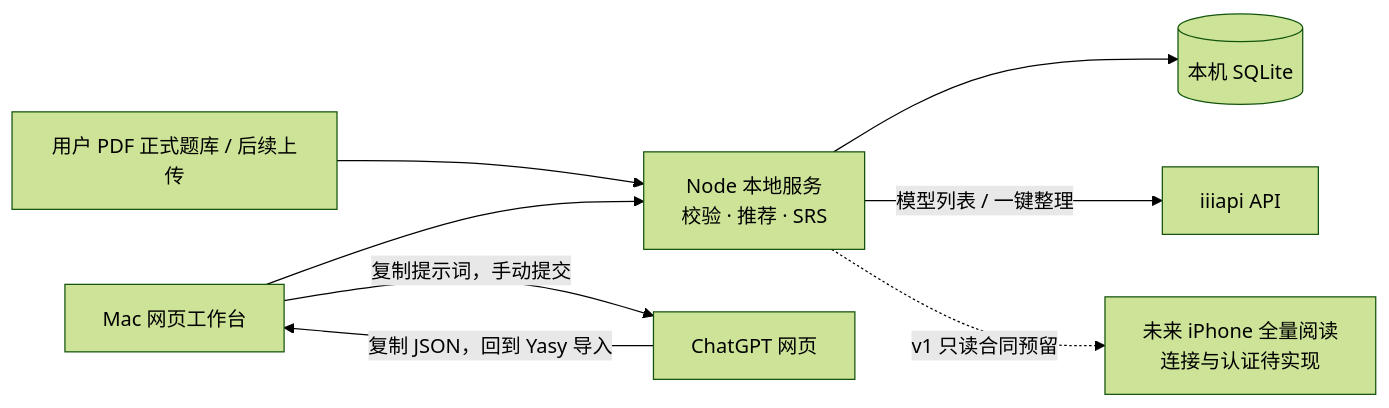
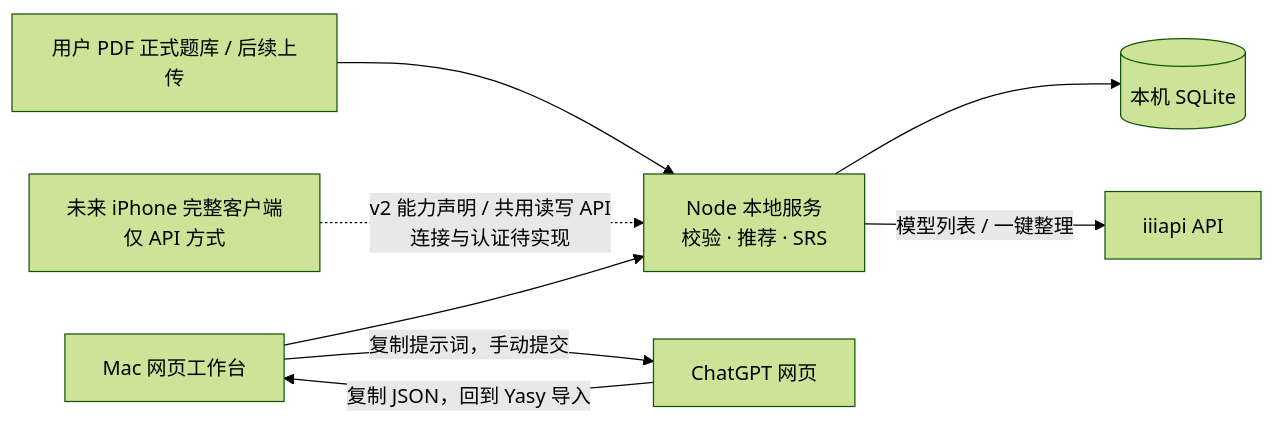
The diagram in README.md (ChoneyChen/yasy), drawn with Mermaid (forest theme) before and after one commit. The commit also changed other lines of this file and 41 other files, not shown here.

````diff
--- a/README.md
+++ b/README.md
@@ -141,10 +154,10 @@
 ```mermaid
 flowchart LR
     UI["Mac 网页工作台"] --> LOCAL["Node 本地服务<br/>校验 · 推荐 · SRS"]
     BANK["用户 PDF 正式题库 / 后续上传"] --> LOCAL
     LOCAL --> DB[("本机 SQLite")]
     LOCAL -->|"模型列表 / 一键整理"| API["iiiapi API"]
     UI -->|"复制提示词，手动提交"| GPT["ChatGPT 网页"]
     GPT -->|"复制 JSON，回到 Yasy 导入"| UI
-    LOCAL -.->|"v1 只读合同预留"| PHONE["未来 iPhone 全量阅读<br/>连接与认证待实现"]
+    PHONE["未来 iPhone 完整客户端<br/>仅 API 方式"] -.->|"v2 能力声明 / 共用读写 API<br/>连接与认证待实现"| LOCAL
 ```
````
